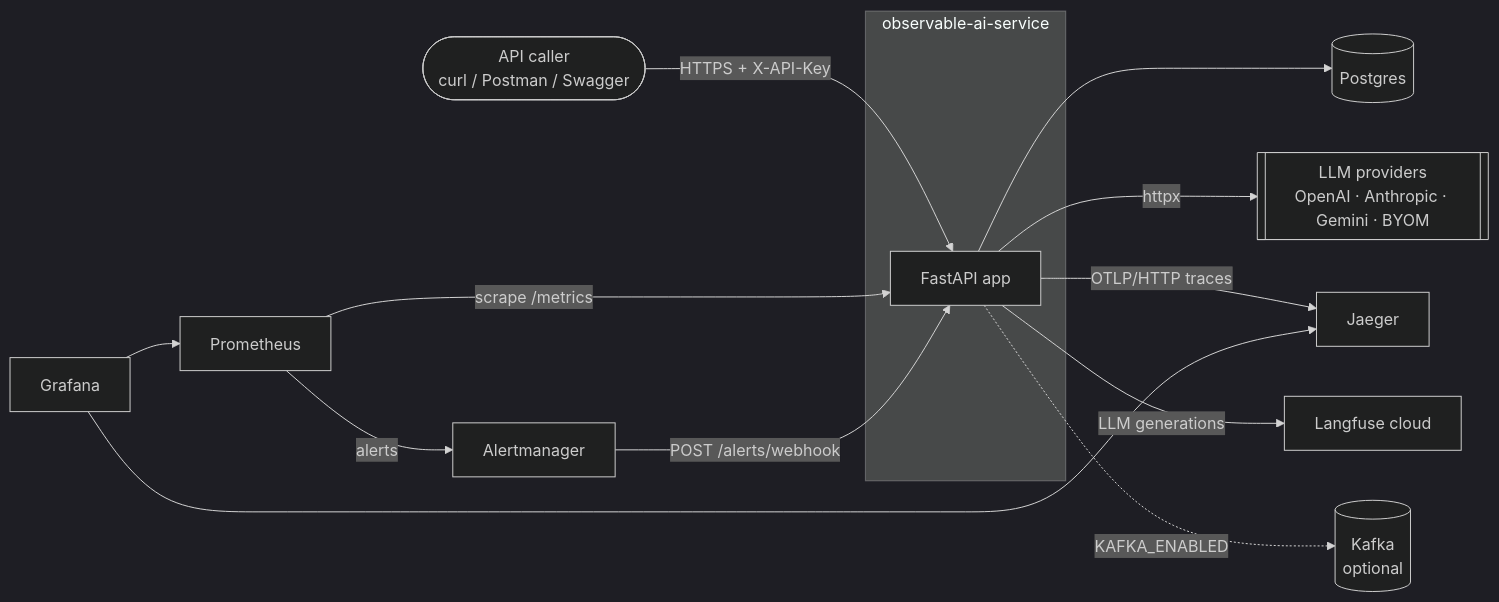
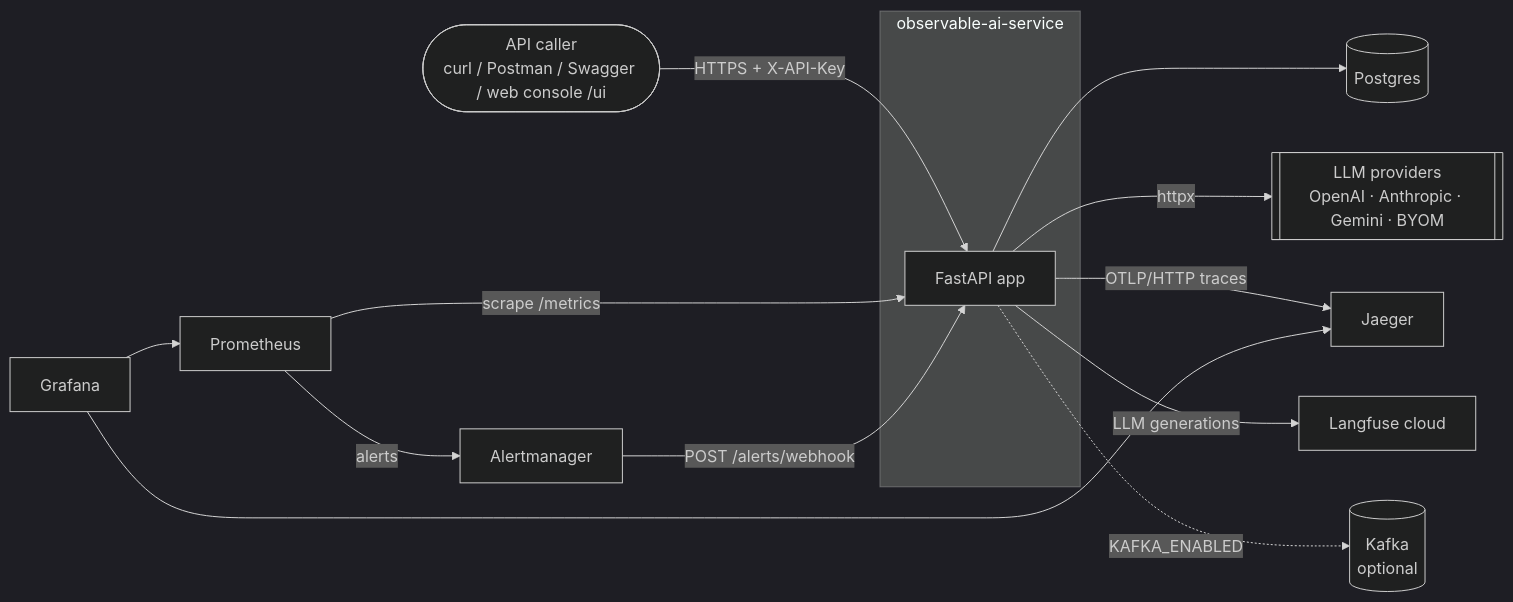
One commit to suryaprakashgiri01/observable-ai-service changed the first of 5 diagrams in docs/hld.md. Above: the diagram before and after it, drawn with Mermaid (dark theme). The commit also changed other lines of this file and 1 other file, not shown here.

Commit message:
docs: T4 web console, /me, /admin/users and tickets list in README and HLD

````diff
--- a/docs/hld.md
+++ b/docs/hld.md
@@ -17,27 +17,27 @@
 ```mermaid
 flowchart LR
-    user([API caller<br/>curl / Postman / Swagger])
+    user([API caller<br/>curl / Postman / Swagger / web console /ui])
     subgraph svc[observable-ai-service]
         api[FastAPI app]
     end
     pg[(Postgres)]
     llm[[LLM providers<br/>OpenAI · Anthropic · Gemini · BYOM]]
     jaeger[Jaeger]
     prom[Prometheus]
     am[Alertmanager]
     graf[Grafana]
     lf[Langfuse cloud]
     kafka[(Kafka<br/>optional)]
 
     user -->|HTTPS + X-API-Key| api
     api --> pg
     api -->|httpx| llm
     api -->|OTLP/HTTP traces| jaeger
     prom -->|scrape /metrics| api
     prom -->|alerts| am
     am -->|POST /alerts/webhook| api
     graf --> prom
     graf --> jaeger
     api -->|LLM generations| lf
     api -.->|KAFKA_ENABLED| kafka
 ```
````
